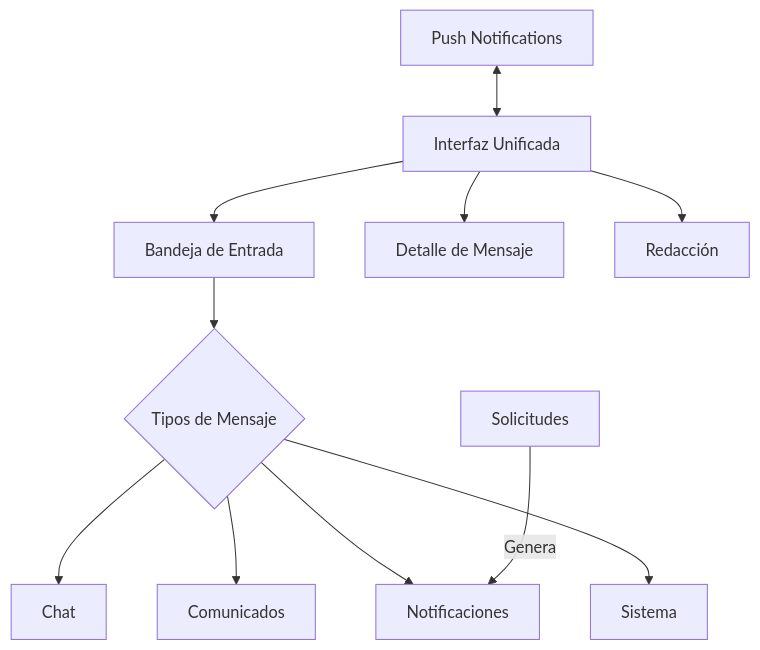
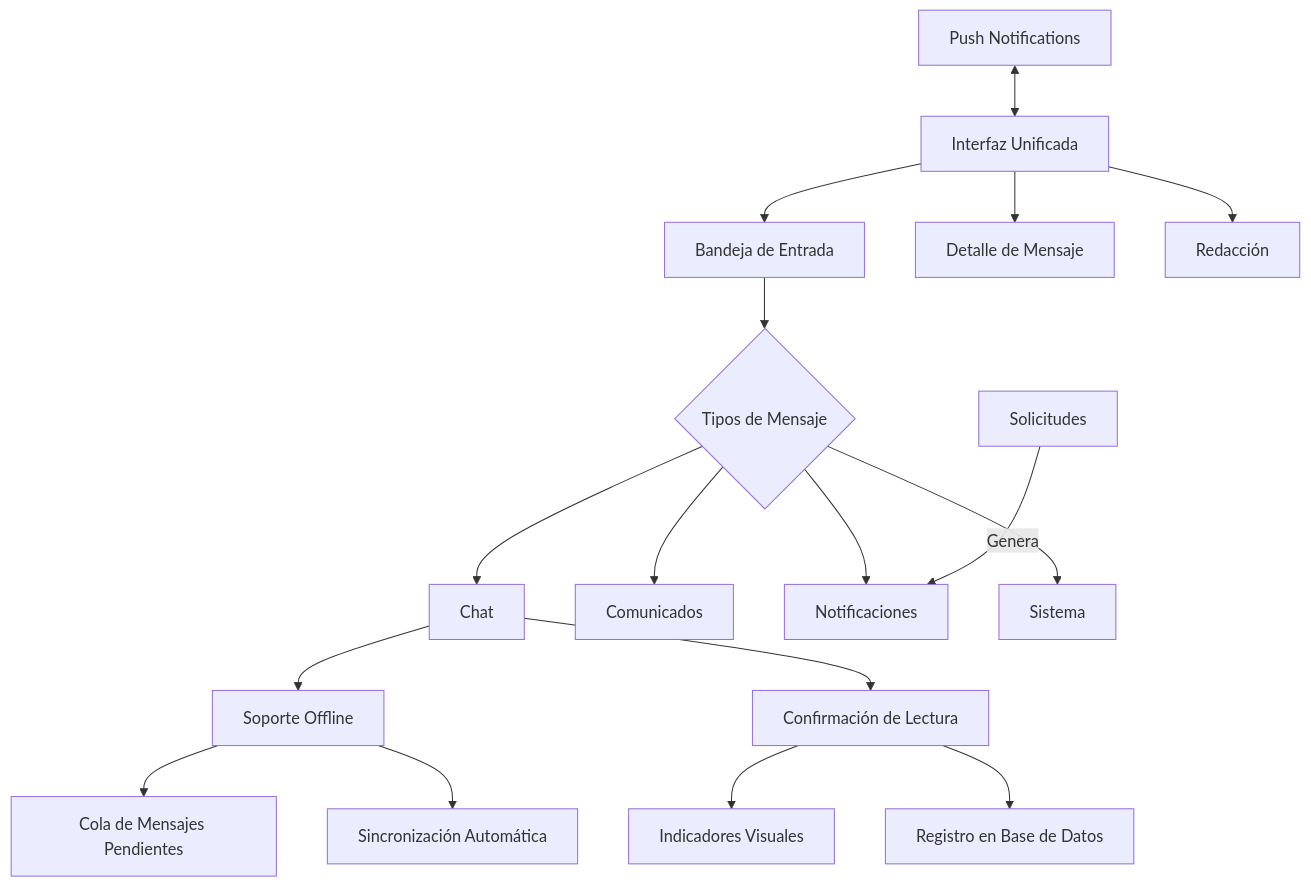
Before and after one commit to Nojabeach/UmeEgunero: the first of 3 diagrams in README.md, drawn with Mermaid. The commit also changed other lines of this file and 20 other files, not shown here.

````diff
--- a/README.md
+++ b/README.md
@@ -63,15 +64,24 @@
 ```mermaid
 flowchart TD
     A[Interfaz Unificada] --> B[Bandeja de Entrada]
     A --> C[Detalle de Mensaje]
     A --> D[Redacción]
     
     B --> E{Tipos de Mensaje}
     E --> F[Chat]
     E --> G[Comunicados]
     E --> H[Notificaciones]
     E --> I[Sistema]
     
-    J[Solicitudes] --> |Genera| H
-    K[Push Notifications] <--> A
+    F --> J[Soporte Offline]
+    F --> K[Confirmación de Lectura]
+    
+    J --> L[Cola de Mensajes Pendientes]
+    J --> M[Sincronización Automática]
+    
+    K --> N[Indicadores Visuales]
+    K --> O[Registro en Base de Datos]
+    
+    P[Solicitudes] --> |Genera| H
+    Q[Push Notifications] <--> A
 ```
````
